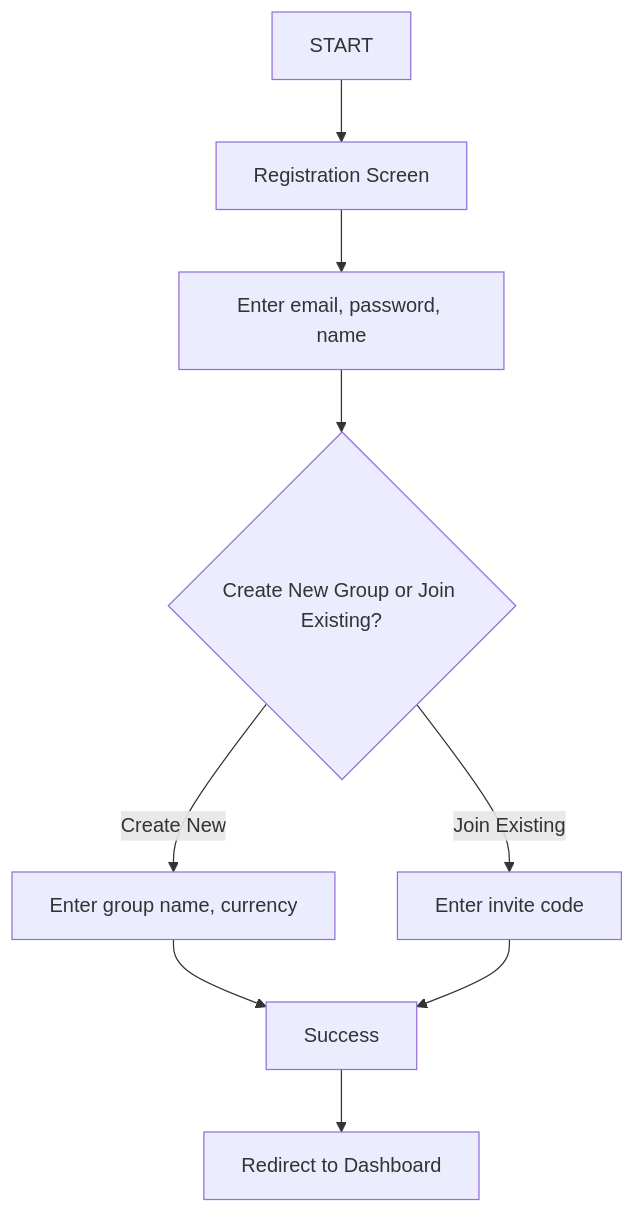
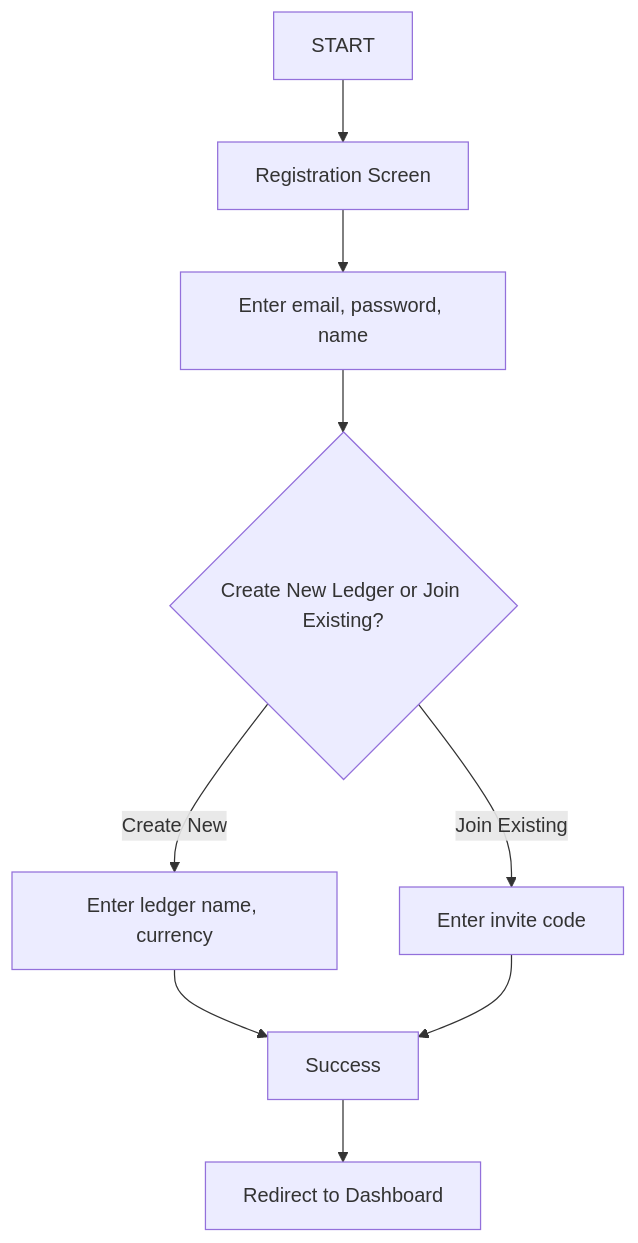
The first of 5 diagrams in docs/project-ideas/PRODUCT_SPEC.md (hushiyan01/S-ACCT-BOOKS), drawn with Mermaid before and after one commit. The commit also changed other lines of this file and 5 other files, not shown here.

Commit message:
update schema, remove group & add ledger

````diff
--- a/docs/project-ideas/PRODUCT_SPEC.md
+++ b/docs/project-ideas/PRODUCT_SPEC.md
@@ -130,11 +130,11 @@
 ```mermaid
 flowchart TD
     A[START] --> B[Registration Screen]
     B --> C[Enter email, password, name]
-    C --> D{Create New Group or Join Existing?}
-    D -->|Create New| E[Enter group name, currency]
+    C --> D{Create New Ledger or Join Existing?}
+    D -->|Create New| E[Enter ledger name, currency]
     D -->|Join Existing| F[Enter invite code]
     E --> G[Success]
     F --> G
     G --> H[Redirect to Dashboard]
 ```
````
